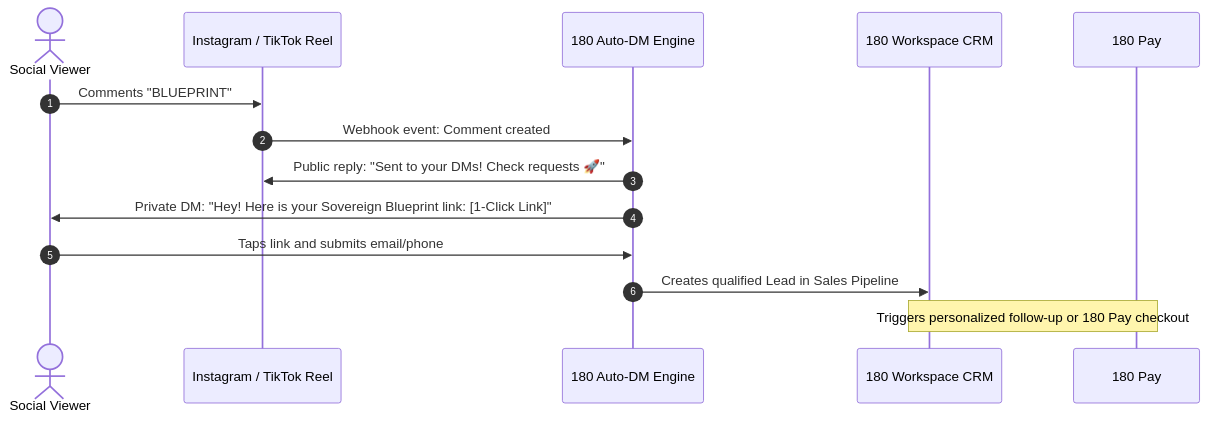
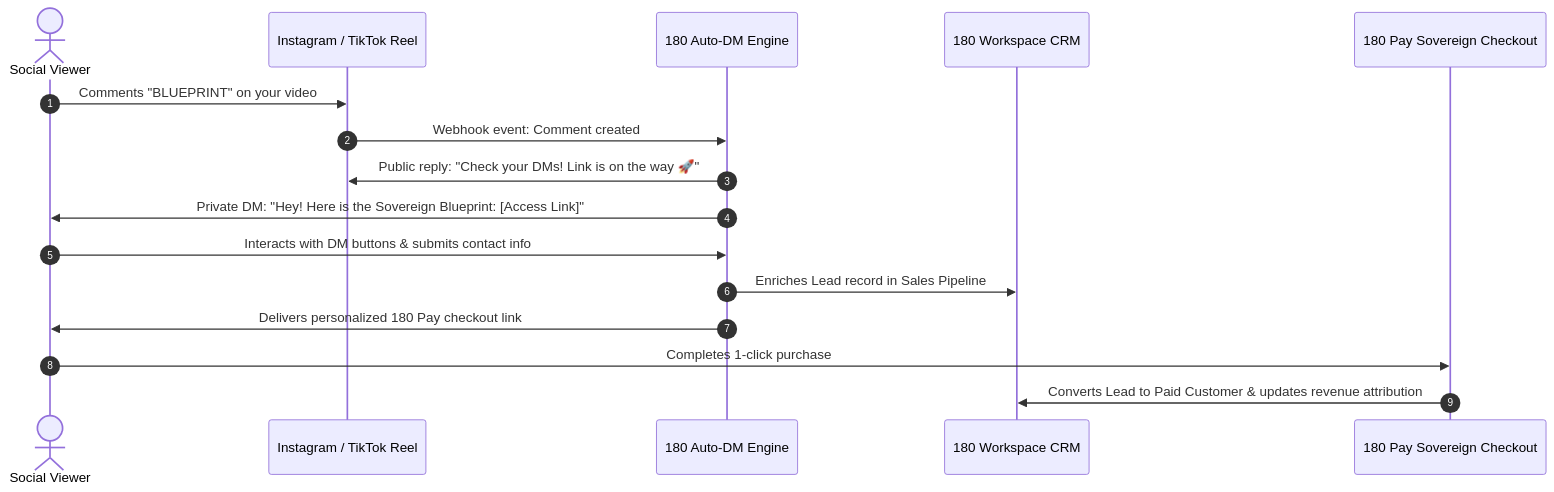
One commit to simplicion/180workspace changed the diagram in apps/docs/docs/products/180-social-studio/02-auto-dm-automation.md. Above: the diagram before and after it, drawn with Mermaid. The commit also changed other lines of this file and 25 other files, not shown here.

````diff
--- a/apps/docs/docs/products/180-social-studio/02-auto-dm-automation.md
+++ b/apps/docs/docs/products/180-social-studio/02-auto-dm-automation.md
@@ -13,17 +13,19 @@
 ```mermaid
 sequenceDiagram
     autonumber
     actor Viewer as Social Viewer
     participant Post as Instagram / TikTok Reel
     participant Studio as 180 Auto-DM Engine
     participant CRM as 180 Workspace CRM
-    participant Pay as 180 Pay
+    participant Pay as 180 Pay Sovereign Checkout
 
-    Viewer->>Post: Comments "BLUEPRINT"
+    Viewer->>Post: Comments "BLUEPRINT" on your video
     Post->>Studio: Webhook event: Comment created
-    Studio->>Post: Public reply: "Sent to your DMs! Check requests 🚀"
-    Studio->>Viewer: Private DM: "Hey! Here is your Sovereign Blueprint link: [1-Click Link]"
-    Viewer->>Studio: Taps link and submits email/phone
-    Studio->>CRM: Creates qualified Lead in Sales Pipeline
-    Note over CRM,Pay: Triggers personalized follow-up or 180 Pay checkout
+    Studio->>Post: Public reply: "Check your DMs! Link is on the way 🚀"
+    Studio->>Viewer: Private DM: "Hey! Here is the Sovereign Blueprint: [Access Link]"
+    Viewer->>Studio: Interacts with DM buttons & submits contact info
+    Studio->>CRM: Enriches Lead record in Sales Pipeline
+    Studio->>Viewer: Delivers personalized 180 Pay checkout link
+    Viewer->>Pay: Completes 1-click purchase
+    Pay->>CRM: Converts Lead to Paid Customer & updates revenue attribution
 ```
````
